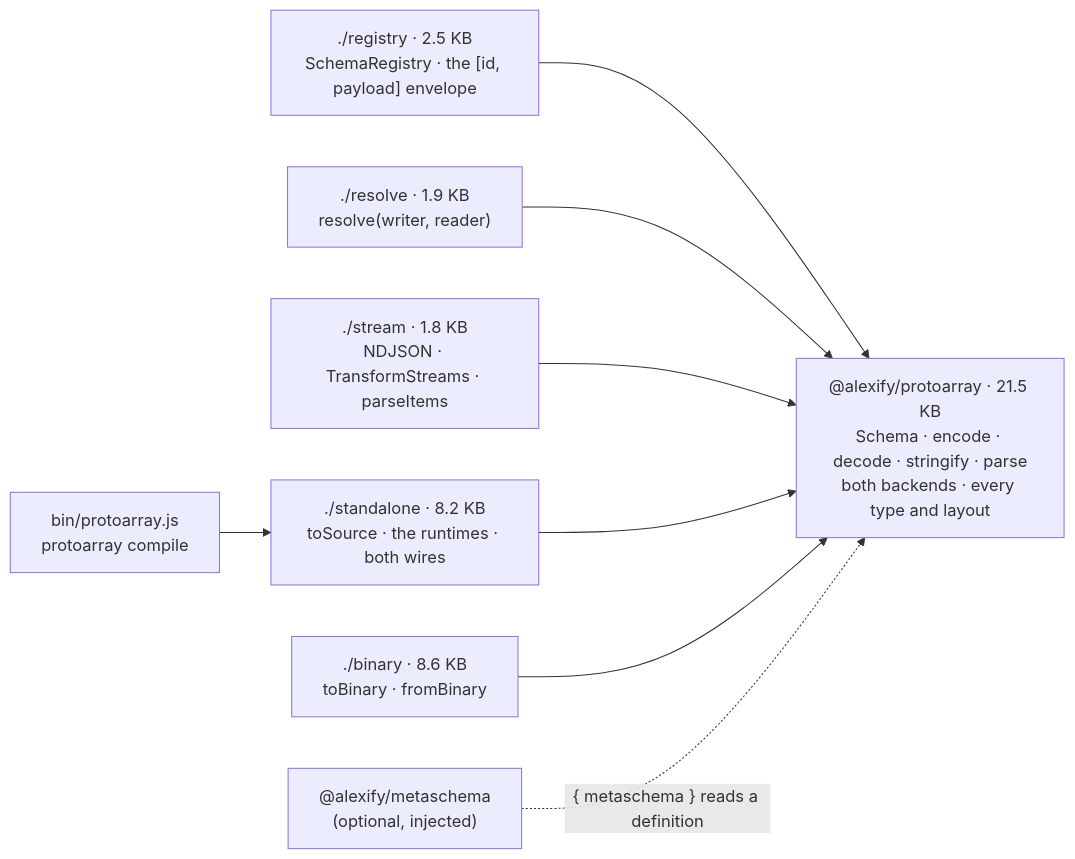
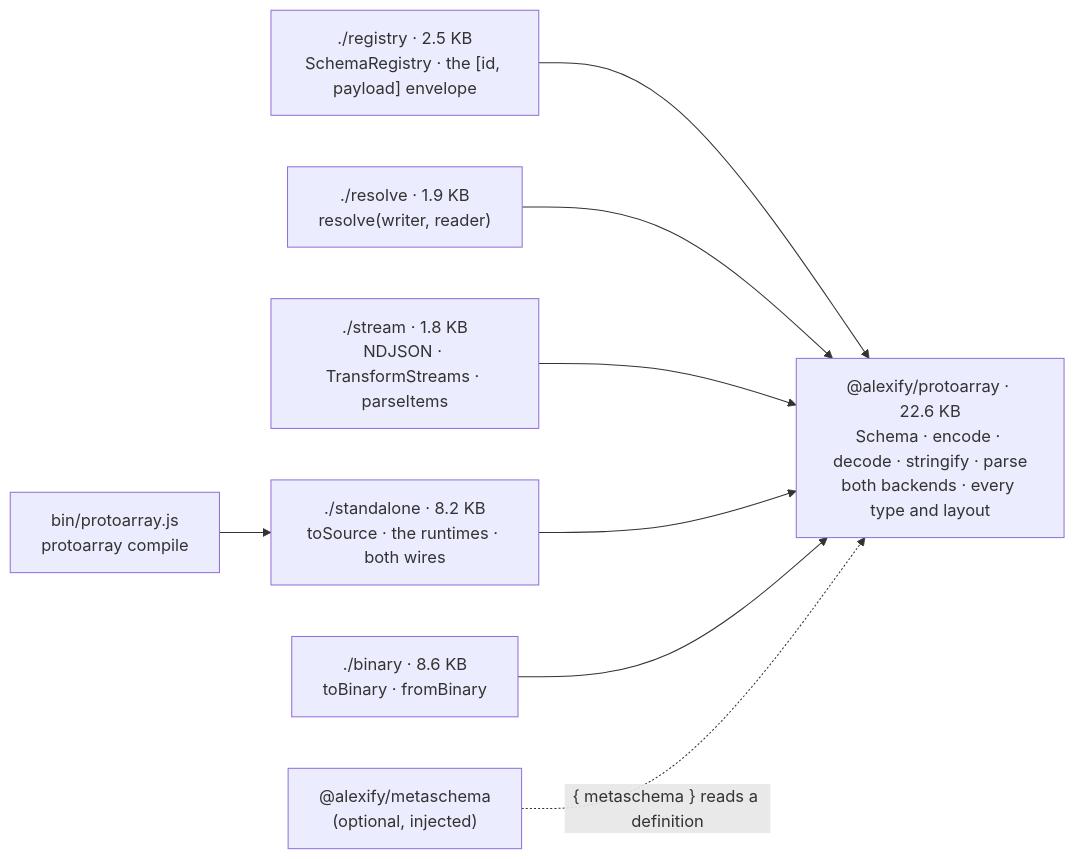
Before and after one commit to Alexis-Technologies/protoarray: the second of 8 diagrams in docs/guide/architecture.md, drawn with Mermaid. The commit also changed 10 other files, not shown here.

````diff
--- a/docs/guide/architecture.md
+++ b/docs/guide/architecture.md
@@ -36,11 +36,11 @@
 ```mermaid
 flowchart LR
     REG["./registry · 2.5 KB<br/>SchemaRegistry · the [id, payload] envelope"] --> CORE
     RES["./resolve · 1.9 KB<br/>resolve(writer, reader)"] --> CORE
     STR["./stream · 1.8 KB<br/>NDJSON · TransformStreams · parseItems"] --> CORE
     STA["./standalone · 8.2 KB<br/>toSource · the runtimes · both wires"] --> CORE
     BIN["./binary · 8.6 KB<br/>toBinary · fromBinary"] --> CORE
     CLI["bin/protoarray.js<br/>protoarray compile"] --> STA
-    CORE["@alexify/protoarray · 21.5 KB<br/>Schema · encode · decode · stringify · parse<br/>both backends · every type and layout"]
+    CORE["@alexify/protoarray · 22.6 KB<br/>Schema · encode · decode · stringify · parse<br/>both backends · every type and layout"]
     MS["@alexify/metaschema<br/>(optional, injected)"] -.->|"{ metaschema } reads a definition"| CORE
 ```
````
